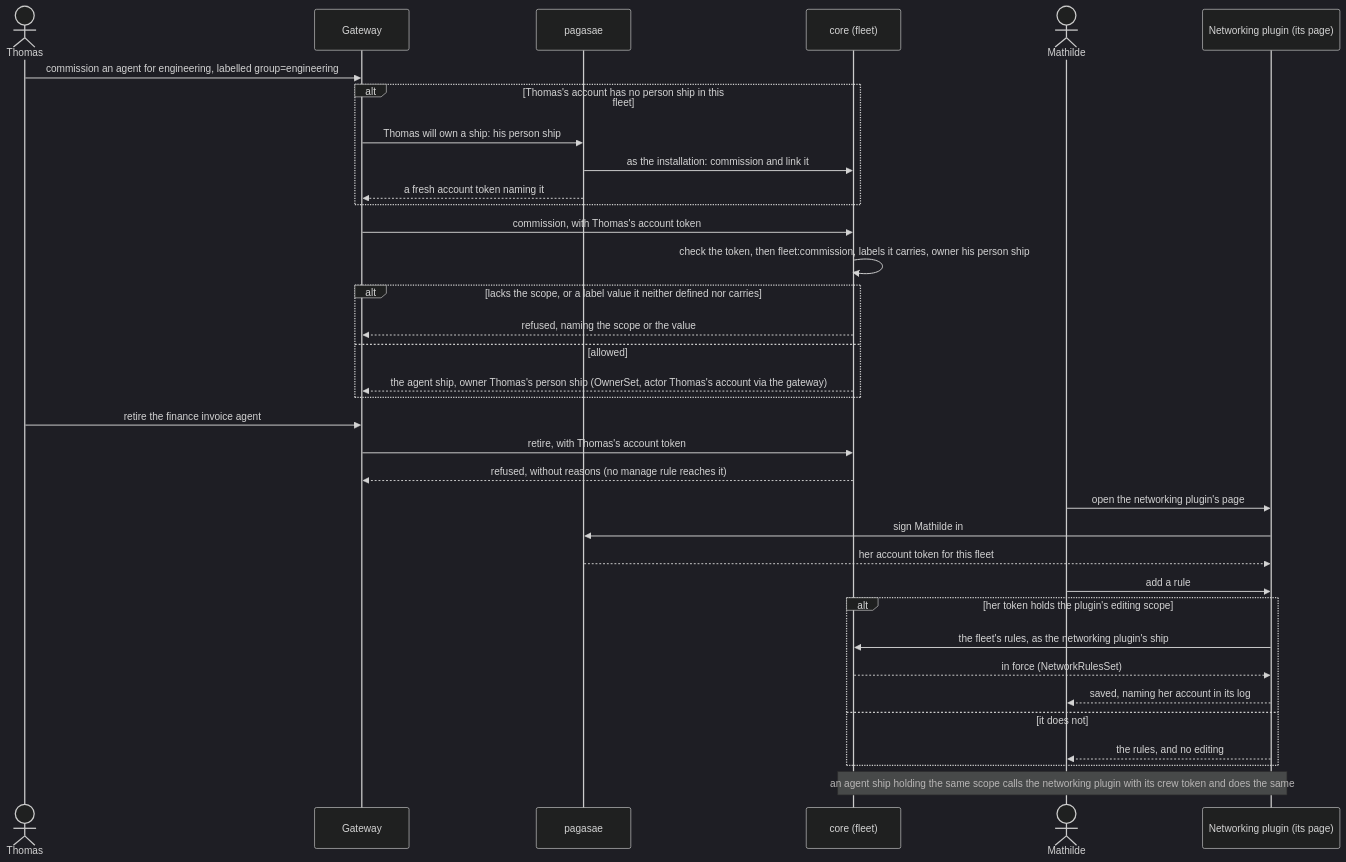
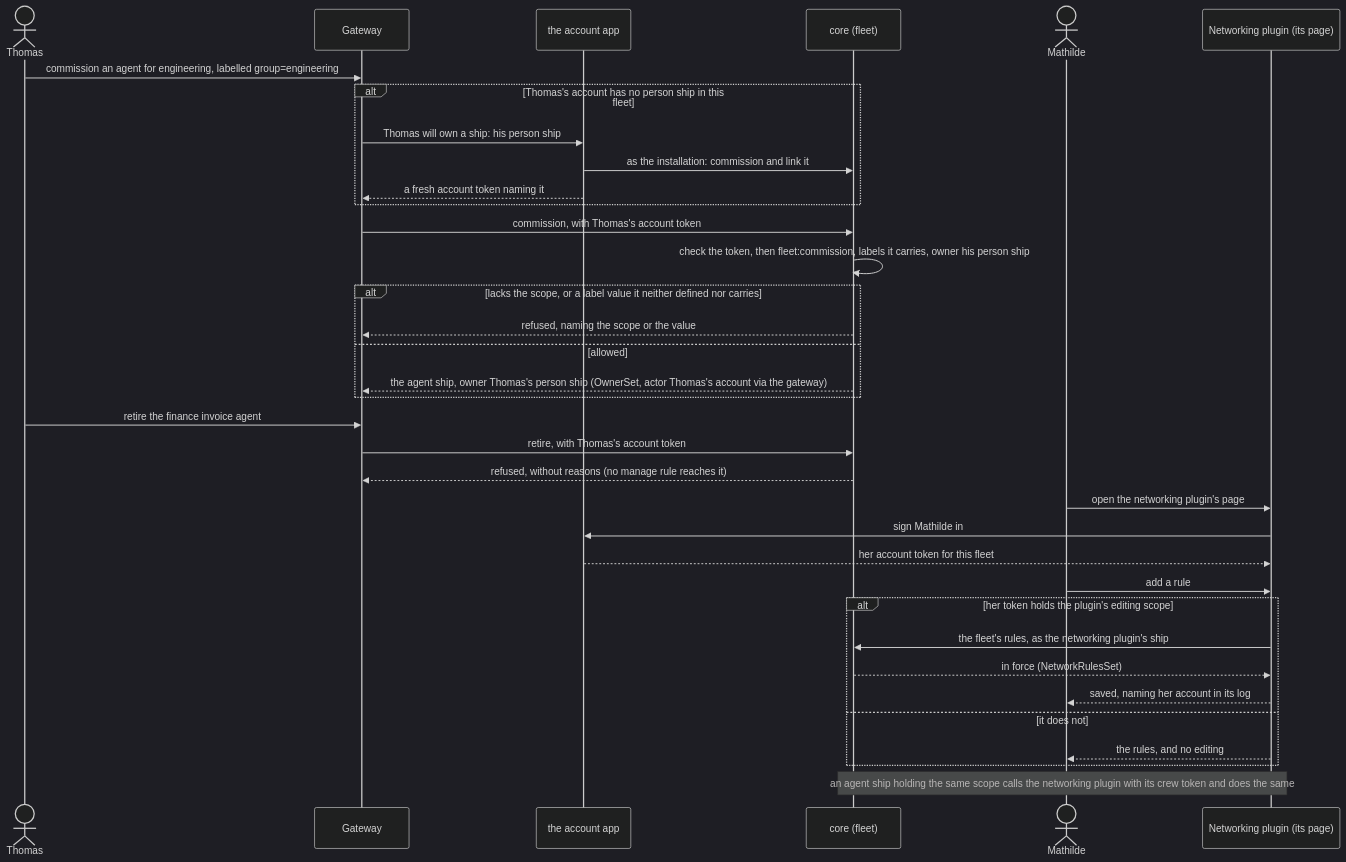
The fourth of 11 diagrams in docs/design/accounts/phase-2/flows.md (ThomasHendrickx/aeolus-fleet), drawn with Mermaid (dark theme) before and after one commit. The commit also changed other lines of this file and 157 other files, not shown here.

Commit message:
refactor: use neutral account app terminology

````diff
--- a/docs/design/accounts/phase-2/flows.md
+++ b/docs/design/accounts/phase-2/flows.md
@@ -109,37 +109,37 @@
 ```mermaid
 sequenceDiagram
   actor T as Thomas
   participant G as Gateway
-  participant P as pagasae
+  participant P as the account app
   participant C as core (fleet)
   actor M as Mathilde
   participant N as Networking plugin (its page)
   T->>G: commission an agent for engineering, labelled group=engineering
   alt Thomas's account has no person ship in this fleet
     G->>P: Thomas will own a ship: his person ship
     P->>C: as the installation: commission and link it
     P-->>G: a fresh account token naming it
   end
   G->>C: commission, with Thomas's account token
   C->>C: check the token, then fleet:commission, labels it carries, owner his person ship
   alt lacks the scope, or a label value it neither defined nor carries
     C-->>G: refused, naming the scope or the value
   else allowed
     C-->>G: the agent ship, owner Thomas's person ship (OwnerSet, actor Thomas's account via the gateway)
   end
   T->>G: retire the finance invoice agent
   G->>C: retire, with Thomas's account token
   C-->>G: refused, without reasons (no manage rule reaches it)
   M->>N: open the networking plugin's page
   N->>P: sign Mathilde in
   P-->>N: her account token for this fleet
   M->>N: add a rule
   alt her token holds the plugin's editing scope
     N->>C: the fleet's rules, as the networking plugin's ship
     C-->>N: in force (NetworkRulesSet)
     N-->>M: saved, naming her account in its log
   else it does not
     N-->>M: the rules, and no editing
   end
   Note over N,C: an agent ship holding the same scope calls the networking plugin with its crew token and does the same
 ```
````
